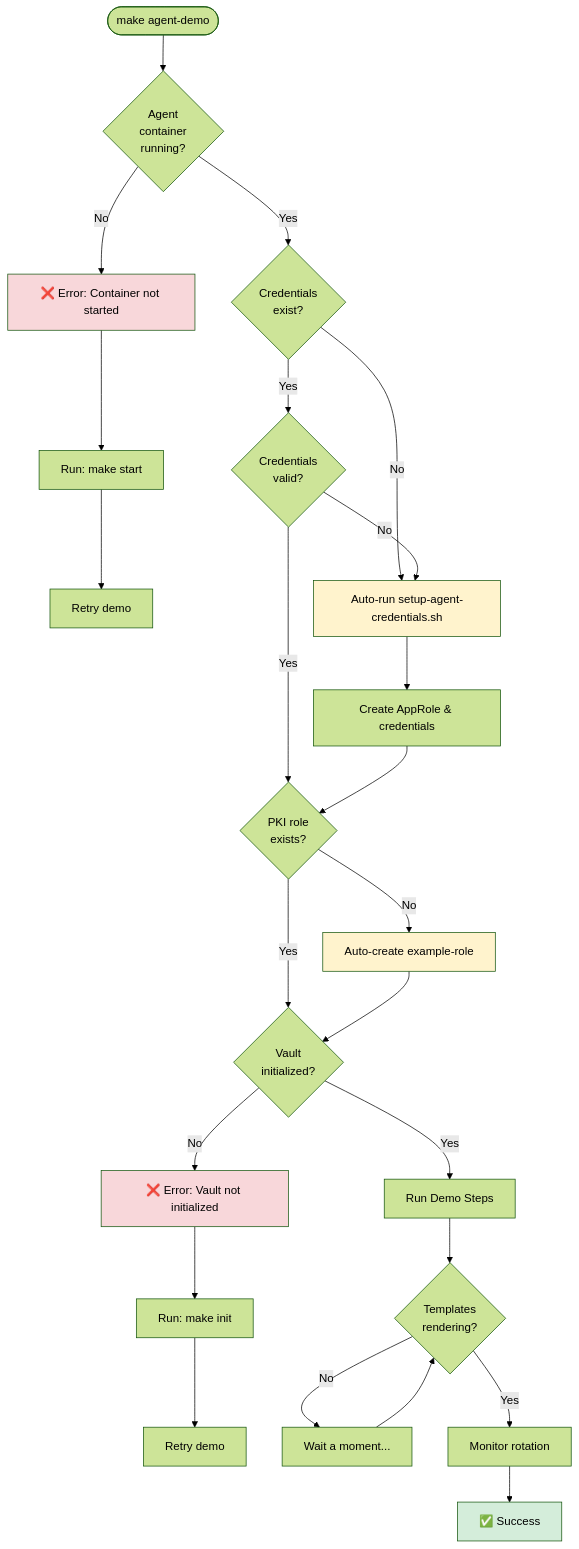
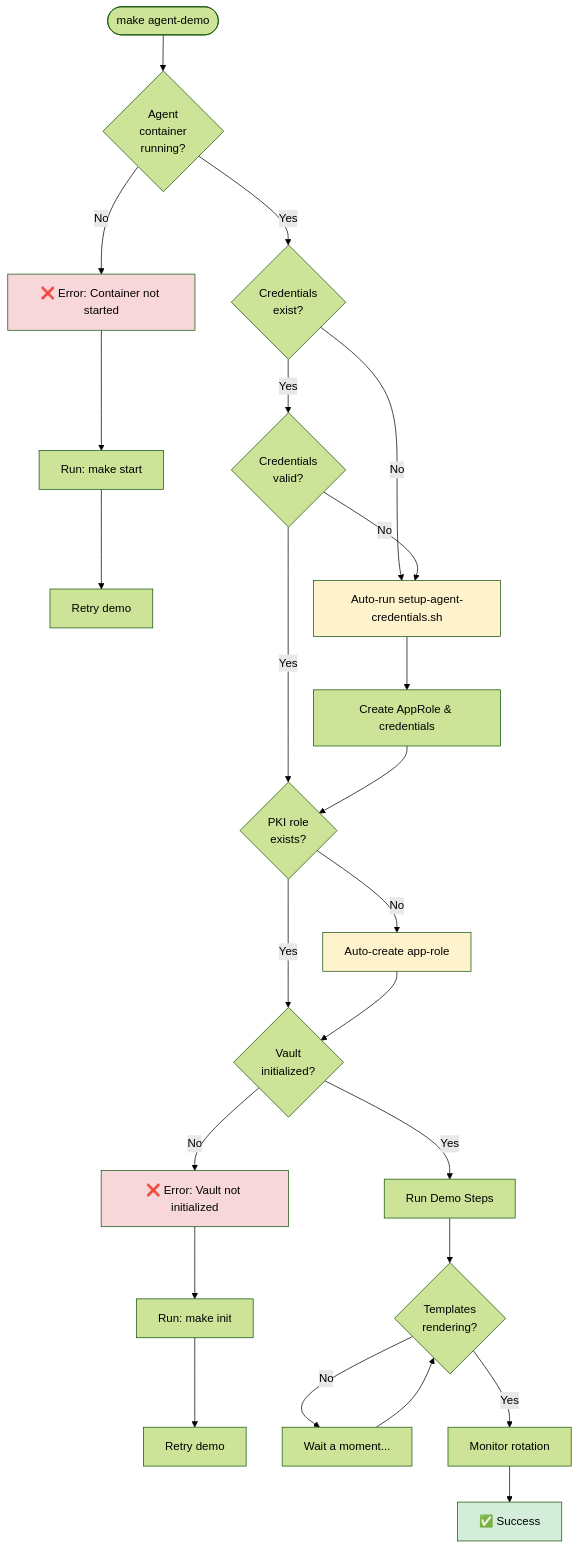
Before and after one commit to songlining/pki: diagram 12 of 12 in agent-demo-diagrams.md, drawn with Mermaid (forest theme). The commit also changed other lines of this file and 34 other files, not shown here.

````diff
--- a/agent-demo-diagrams.md
+++ b/agent-demo-diagrams.md
@@ -489,45 +489,45 @@
 ```mermaid
 flowchart TD
     Start([make agent-demo]) --> Check1{Agent<br/>container<br/>running?}
     
     Check1 -->|No| Error1[❌ Error: Container not started]
     Check1 -->|Yes| Check2{Credentials<br/>exist?}
     
     Error1 --> Fix1[Run: make start]
     Fix1 --> Retry1[Retry demo]
     
     Check2 -->|No| Auto1[Auto-run setup-agent-credentials.sh]
     Check2 -->|Yes| Check3{Credentials<br/>valid?}
     
     Check3 -->|No| Auto1
     Check3 -->|Yes| Check4{PKI role<br/>exists?}
     
     Auto1 --> CreateCred[Create AppRole & credentials]
     CreateCred --> Check4
     
-    Check4 -->|No| Auto2[Auto-create example-role]
+    Check4 -->|No| Auto2[Auto-create app-role]
     Check4 -->|Yes| CheckInit{Vault<br/>initialized?}
     
     Auto2 --> CheckInit
     
     CheckInit -->|No| Error2[❌ Error: Vault not initialized]
     CheckInit -->|Yes| RunDemo[Run Demo Steps]
     
     Error2 --> Fix2[Run: make init]
     Fix2 --> Retry2[Retry demo]
     
     RunDemo --> Check5{Templates<br/>rendering?}
     
     Check5 -->|No| Wait[Wait a moment...]
     Check5 -->|Yes| Monitor[Monitor rotation]
     
     Wait --> Check5
     
     Monitor --> Success[✅ Success]
     
     style Error1 fill:#f8d7da
     style Error2 fill:#f8d7da
     style Auto1 fill:#fff3cd
     style Auto2 fill:#fff3cd
     style Success fill:#d4edda
 ```
````
